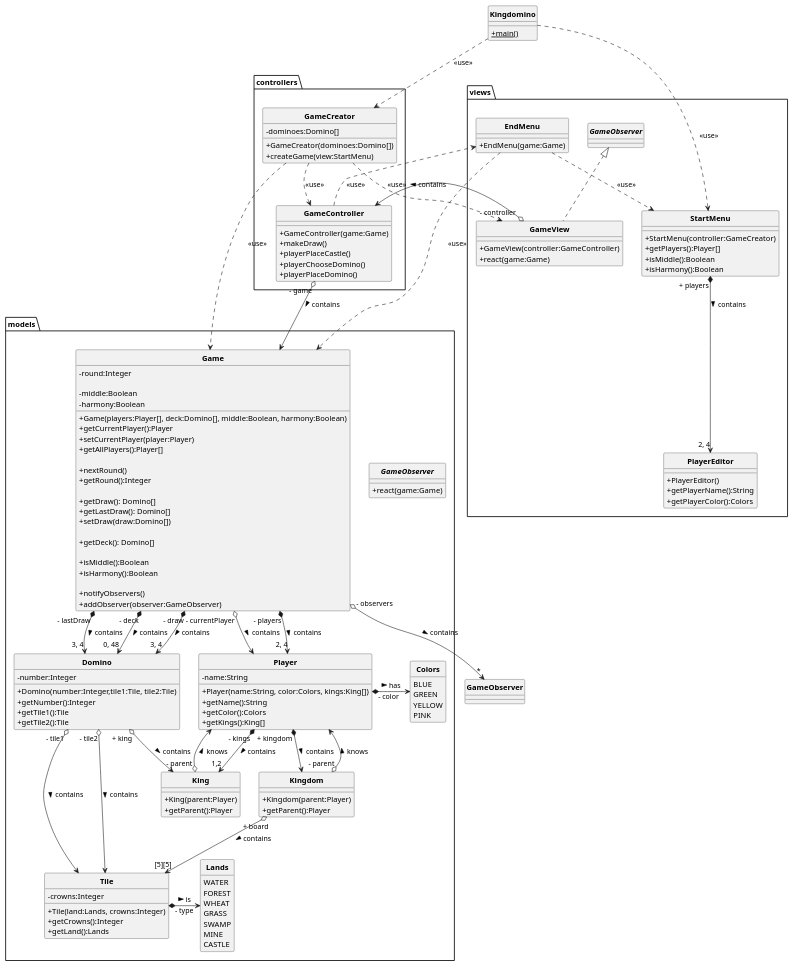
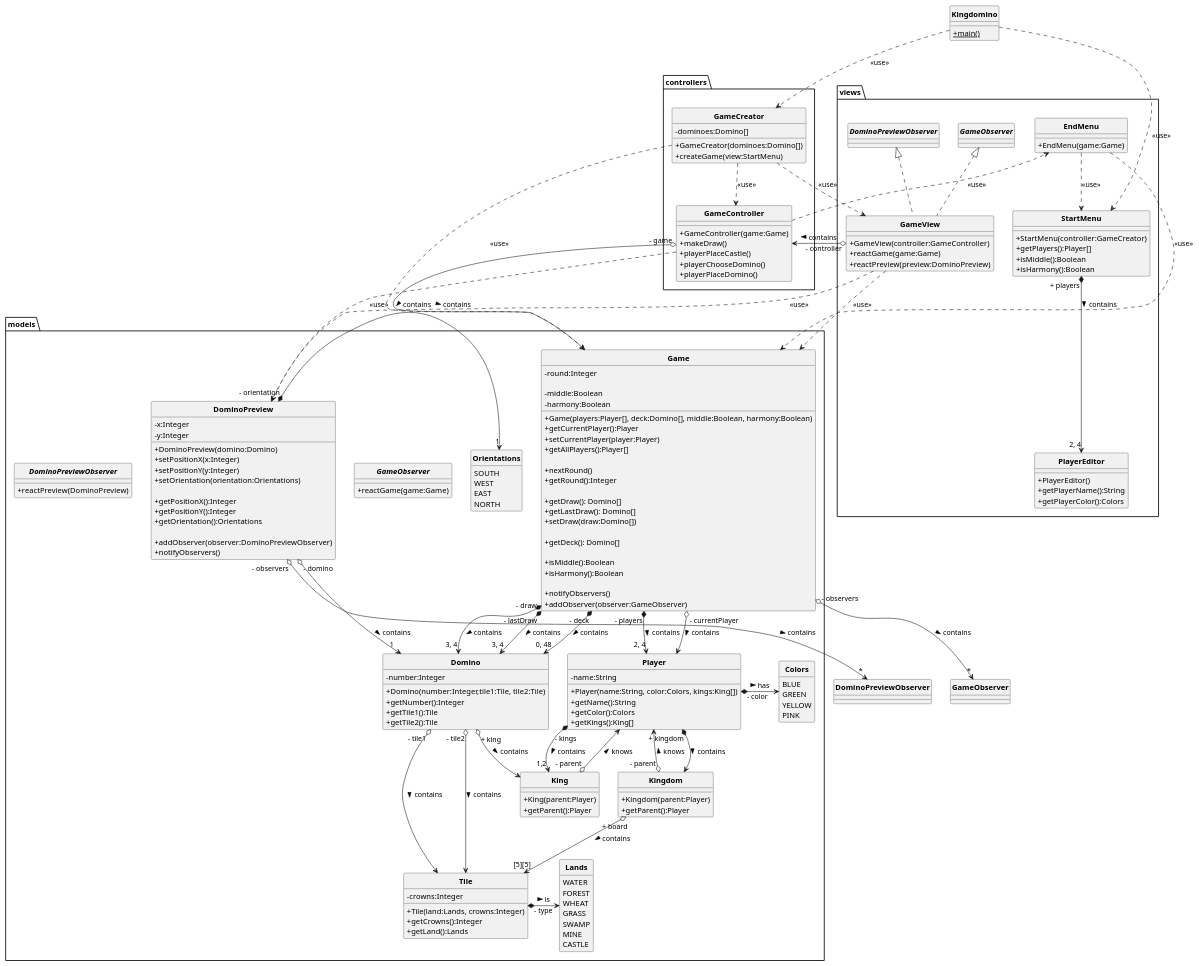
Before and after one commit to FranckG28/KingDomino: the diagram in rendu1/Kingdomino.puml, drawn with PlantUML. The commit also changed 8 other files, not shown here.

Commit message:
Added DominoPreview classes

```diff
--- a/rendu1/Kingdomino.puml
+++ b/rendu1/Kingdomino.puml
@@ -13,7 +13,7 @@
 package models {
 
     interface GameObserver {
-        + react(game:Game)
+        + reactGame(game:Game)
     }
 
     class Game {
@@ -97,13 +97,42 @@
         PINK
     }
 
+    enum Orientations {
+        SOUTH
+        WEST
+        EAST
+        NORTH
+    }
+
+    class DominoPreview {
+        - x:Integer
+        - y:Integer
+
+        + DominoPreview(domino:Domino)
+        + setPositionX(x:Integer)
+        + setPositionY(y:Integer)
+        + setOrientation(orientation:Orientations)
+
+        + getPositionX():Integer
+        + getPositionY():Integer
+        + getOrientation():Orientations
+
+        + addObserver(observer:DominoPreviewObserver)
+        + notifyObservers()
+    }
+
+    interface DominoPreviewObserver {
+        + reactPreview(DominoPreview)
+    }
+
 }
 
 package views {
 
-    class GameView implements GameObserver {
+    class GameView implements GameObserver, DominoPreviewObserver {
         + GameView(controller:GameController)
-        + react(game:Game)
+        + reactGame(game:Game)
+        + reactPreview(preview:DominoPreview)
     }
 
     class StartMenu {
@@ -159,8 +188,11 @@
 
 GameController " - game" o--> Game : > contains
 GameController ..> EndMenu : "<<use>>"
+GameController ..> DominoPreview : "<<use>>"
 
 GameView " - controller" o--> GameController : > contains
+GameView ..> Game : "<<use>>"
+GameView ..> DominoPreview : "<<use>>"
 
 StartMenu " + players" *--> "2, 4" PlayerEditor : > contains
 
@@ -182,4 +214,8 @@
 
 Tile *-> Lands : " - type" > is
 
+DominoPreview " - domino" o--> "1" Domino : > contains
+DominoPreview " - orientation" *-> "1" Orientations : > contains
+DominoPreview " - observers" o--> "*" DominoPreviewObserver : > contains
+
 @enduml
```
